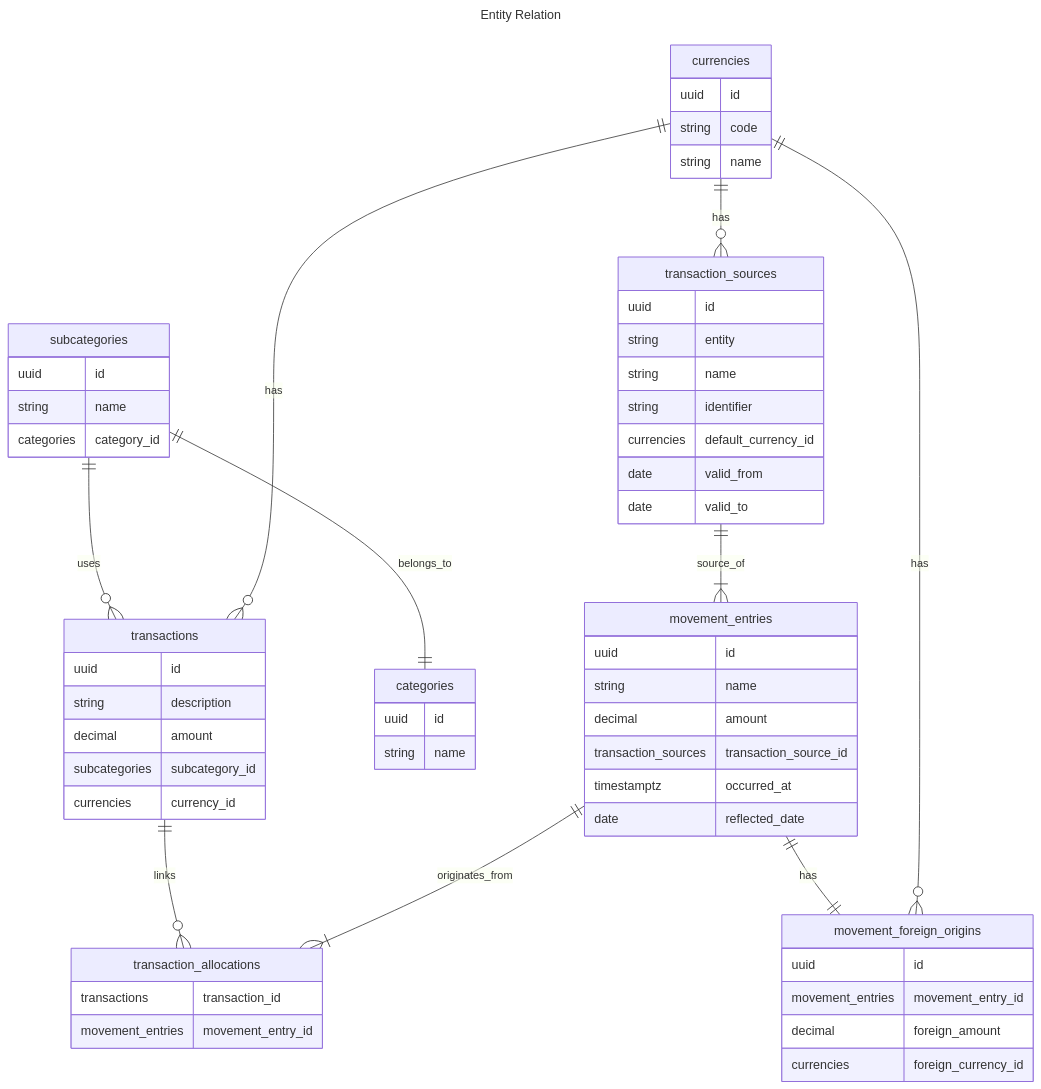
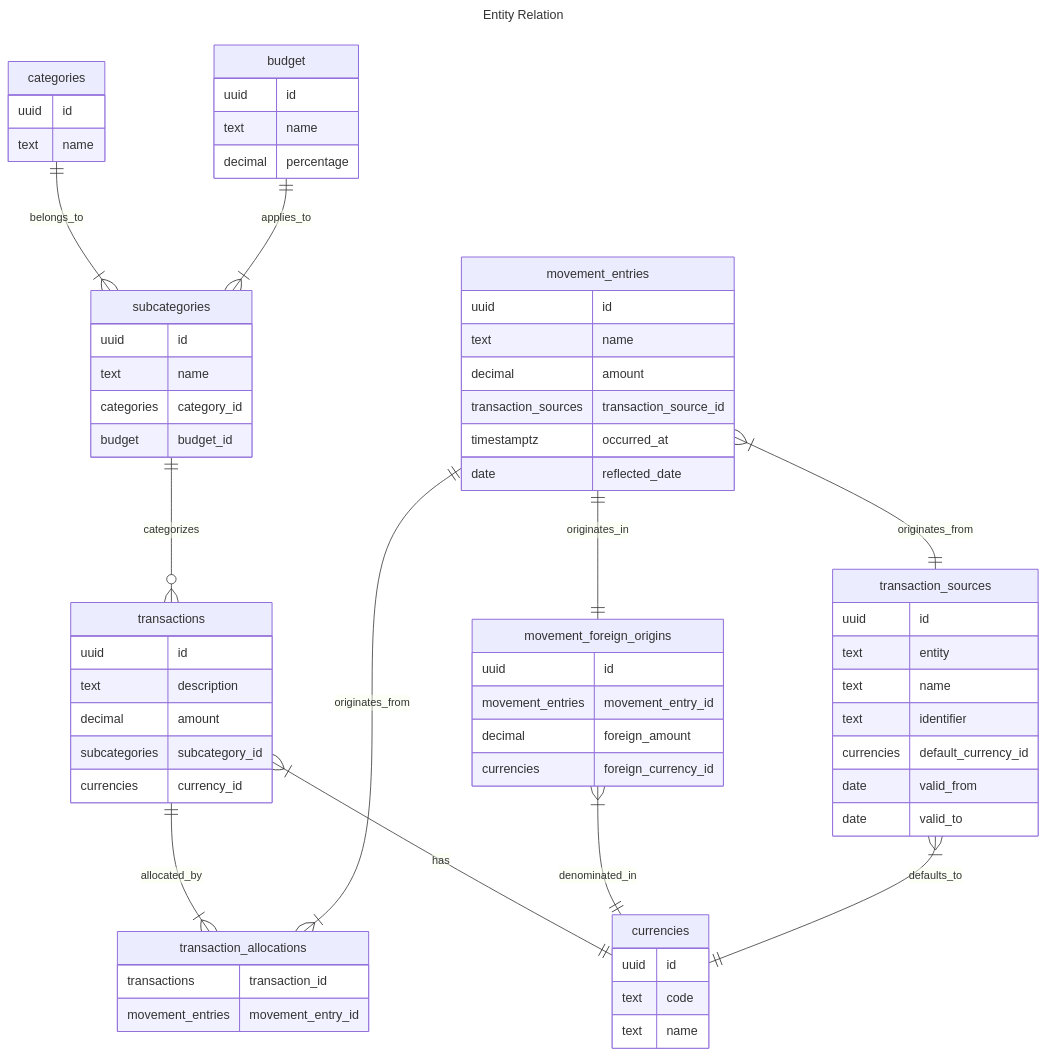
One commit to manuelrmenesesr/finales changed the diagram in docs/er.md. Above: the diagram before and after it, drawn with Mermaid.

Commit message:
feat(er.md): add budget tracking table

````diff
--- a/docs/er.md
+++ b/docs/er.md
@@ -1,64 +1,71 @@
 ```mermaid
 ---
 title: Entity Relation
 ---
 erDiagram
-    transactions ||--o{ transaction_allocations : links
-    subcategories ||--o{ transactions : uses
-    subcategories ||--|| categories : belongs_to
-    currencies ||--o{ transactions : has
+    categories ||--|{ subcategories : belongs_to
+    subcategories ||--o{ transactions : categorizes
+    budget ||--|{ subcategories : applies_to
+    transactions ||--|{ transaction_allocations : allocated_by
+    transactions }|--|| currencies : has
     movement_entries ||--|{ transaction_allocations : originates_from
-    movement_entries ||--|| movement_foreign_origins : has
-    currencies ||--o{ movement_foreign_origins : has
-    transaction_sources ||--|{ movement_entries : source_of
-    currencies ||--o{ transaction_sources : has
+    movement_entries ||--|| movement_foreign_origins : originates_in
+    movement_foreign_origins }|--|| currencies : denominated_in
+    movement_entries }|--|| transaction_sources : originates_from
+    transaction_sources }|--|| currencies : defaults_to
 
     transactions {
         uuid id
-        string description
+        text description
         decimal amount
         subcategories subcategory_id
         currencies currency_id
     }
     movement_entries {
         uuid id
-        string name
+        text name
         decimal amount
         transaction_sources transaction_source_id
         timestamptz occurred_at
         date reflected_date
     }
     movement_foreign_origins {
         uuid id
         movement_entries movement_entry_id
         decimal foreign_amount
         currencies foreign_currency_id
     }
     transaction_allocations {
         transactions transaction_id
         movement_entries movement_entry_id
     }
     categories {
         uuid id
-        string name
+        text name
     }
     subcategories {
         uuid id
-        string name
+        text name
         categories category_id
+        budget budget_id
+    }
+    budget {
+        uuid id
+        text name
+        decimal percentage
     }
     currencies {
         uuid id
-        string code
-        string name
+        text code
+        text name
     }
     transaction_sources {
         uuid id
-        string entity
-        string name
-        string identifier
+        text entity
+        text name
+        text identifier
         currencies default_currency_id
         date valid_from
         date valid_to
     }
 ```
````
